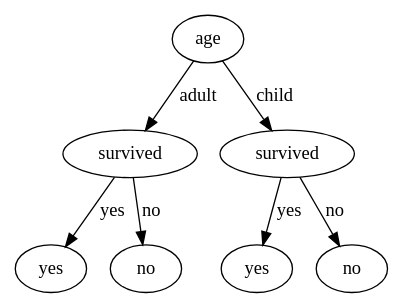
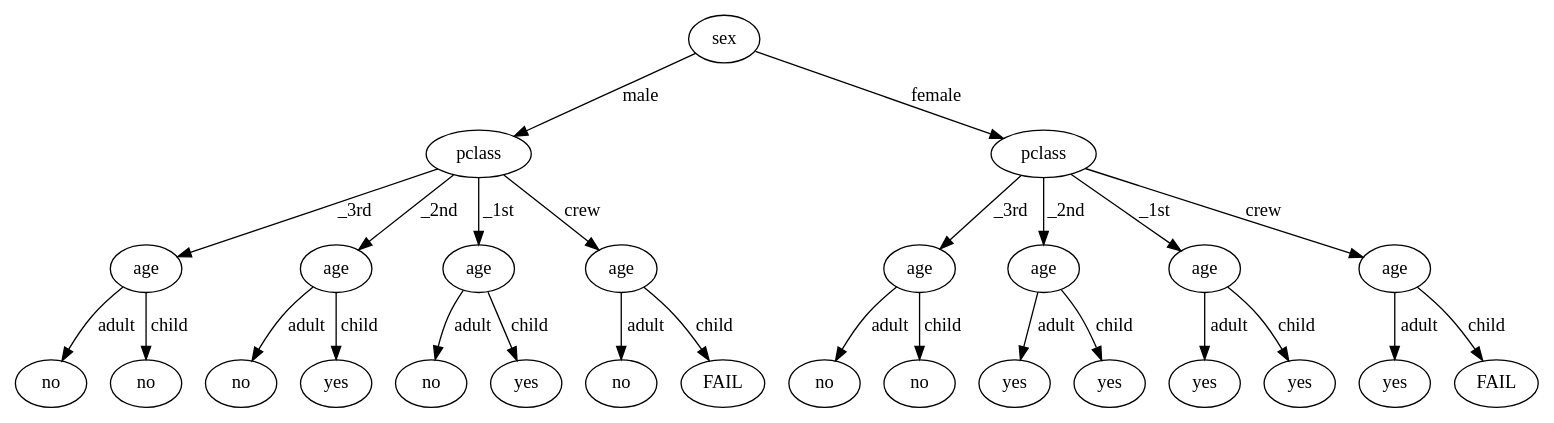
The diagram in titanic2.dot (aaaaaiiiii/homework4), drawn with Graphviz before and after one commit. The commit also changed 2 other files, not shown here.

Commit message:
Fixed a stupid graphviz error.

```diff
--- a/titanic2.dot
+++ b/titanic2.dot
@@ -1,16 +1,56 @@
 digraph {
-18508146056680967632057960773815427499 [label=age]
-11328200140223416502571532868215516044 [label=survived]
-129360898182817956545260375879167153 [label=yes]
-304106463194417832765715896652286912928 [label=no]
-315865239936819358994994948400998923604 [label=survived]
-290131076961133783843350194160704631194 [label=yes]
-103365807718421402777056192185715808947 [label=no]
-18508146056680967632057960773815427499 -> 11328200140223416502571532868215516044 [label=adult] 
-11328200140223416502571532868215516044 -> 129360898182817956545260375879167153 [label=yes] 
-11328200140223416502571532868215516044 -> 304106463194417832765715896652286912928 [label=no] 
-18508146056680967632057960773815427499 -> 315865239936819358994994948400998923604 [label=child] 
-315865239936819358994994948400998923604 -> 290131076961133783843350194160704631194 [label=yes] 
-315865239936819358994994948400998923604 -> 103365807718421402777056192185715808947 [label=no] 
+94321680947490318799116913956549003092 [label=sex]
+330168115903720142622348545446848358418 [label=pclass]
+70820388118617584862374293743633889779 [label=age]
+30729074139986317904576954188435555753 [label=no]
+312694571356410751561590079326071497449 [label=no]
+29389460309363569137842504365933264739 [label=age]
+112736458568183766139221905994670487597 [label=no]
+91000657505216522047190049479018023116 [label=yes]
+285265167000790085161555232528989077840 [label=age]
+327342756686947923342629933045287523638 [label=no]
+162136884834100923320074945264286441629 [label=yes]
+248767884425128101813023717761662096590 [label=age]
+66686874921654491067150725672062248362 [label=no]
+239625494962436045190229167378370266018 [label=FAIL]
+199438497642602250640868121448567026273 [label=pclass]
+272176076158054802613950017366187986318 [label=age]
+43551067566819798920679403173781890798 [label=no]
+117814456159033677897487929096198121320 [label=no]
+113653450789164231403147197522549642290 [label=age]
+44421841519797083110868021173577389997 [label=yes]
+284648013215007544059733588175551654269 [label=yes]
+179847987012273430596954433550309098121 [label=age]
+250858598220688894034084141566976498089 [label=yes]
+323164704756813445212382574405952597505 [label=yes]
+97534851352214458109215576948985930109 [label=age]
+328421152692680959800288276220542295353 [label=yes]
+63311167639317719370424838455153718923 [label=FAIL]
+94321680947490318799116913956549003092 -> 330168115903720142622348545446848358418 [label=male] 
+330168115903720142622348545446848358418 -> 70820388118617584862374293743633889779 [label=_3rd] 
+70820388118617584862374293743633889779 -> 30729074139986317904576954188435555753 [label=adult] 
+70820388118617584862374293743633889779 -> 312694571356410751561590079326071497449 [label=child] 
+330168115903720142622348545446848358418 -> 29389460309363569137842504365933264739 [label=_2nd] 
+29389460309363569137842504365933264739 -> 112736458568183766139221905994670487597 [label=adult] 
+29389460309363569137842504365933264739 -> 91000657505216522047190049479018023116 [label=child] 
+330168115903720142622348545446848358418 -> 285265167000790085161555232528989077840 [label=_1st] 
+285265167000790085161555232528989077840 -> 327342756686947923342629933045287523638 [label=adult] 
+285265167000790085161555232528989077840 -> 162136884834100923320074945264286441629 [label=child] 
+330168115903720142622348545446848358418 -> 248767884425128101813023717761662096590 [label=crew] 
+248767884425128101813023717761662096590 -> 66686874921654491067150725672062248362 [label=adult] 
+248767884425128101813023717761662096590 -> 239625494962436045190229167378370266018 [label=child] 
+94321680947490318799116913956549003092 -> 199438497642602250640868121448567026273 [label=female] 
+199438497642602250640868121448567026273 -> 272176076158054802613950017366187986318 [label=_3rd] 
+272176076158054802613950017366187986318 -> 43551067566819798920679403173781890798 [label=adult] 
+272176076158054802613950017366187986318 -> 117814456159033677897487929096198121320 [label=child] 
+199438497642602250640868121448567026273 -> 113653450789164231403147197522549642290 [label=_2nd] 
+113653450789164231403147197522549642290 -> 44421841519797083110868021173577389997 [label=adult] 
+113653450789164231403147197522549642290 -> 284648013215007544059733588175551654269 [label=child] 
+199438497642602250640868121448567026273 -> 179847987012273430596954433550309098121 [label=_1st] 
+179847987012273430596954433550309098121 -> 250858598220688894034084141566976498089 [label=adult] 
+179847987012273430596954433550309098121 -> 323164704756813445212382574405952597505 [label=child] 
+199438497642602250640868121448567026273 -> 97534851352214458109215576948985930109 [label=crew] 
+97534851352214458109215576948985930109 -> 328421152692680959800288276220542295353 [label=adult] 
+97534851352214458109215576948985930109 -> 63311167639317719370424838455153718923 [label=child] 
 
 }
```
